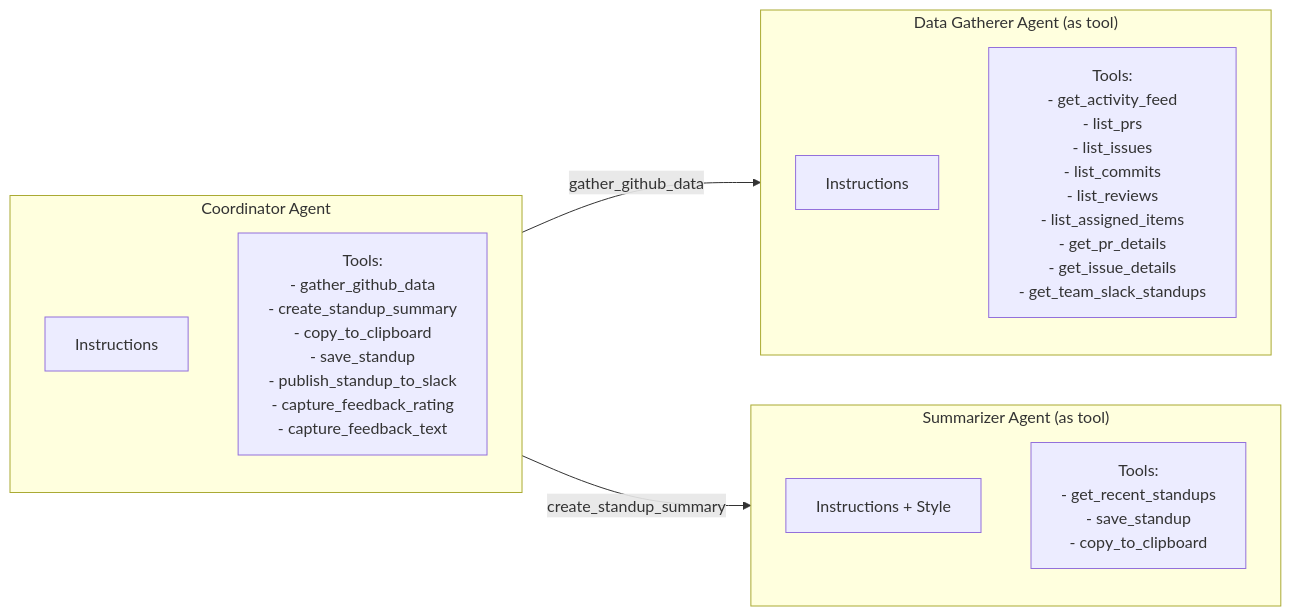
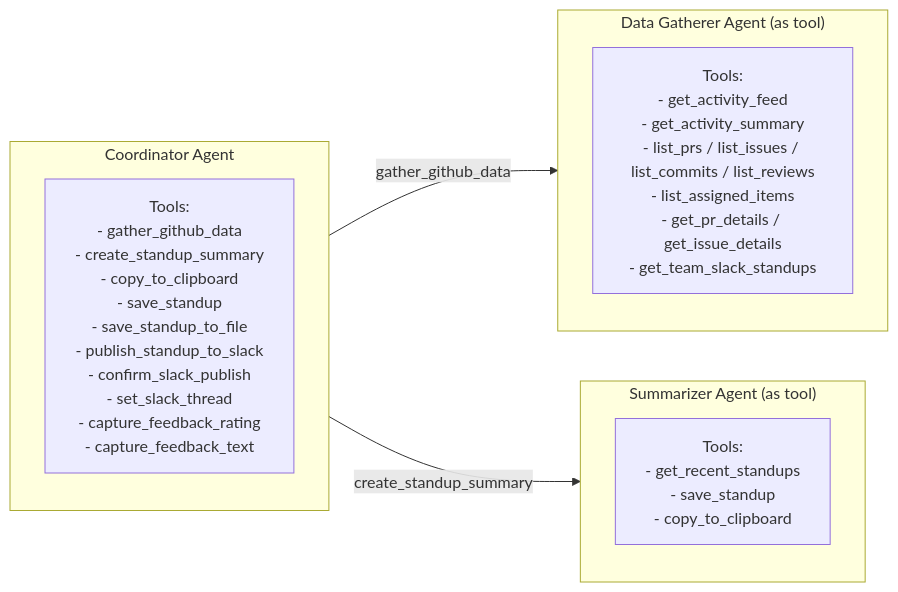
The second of 3 diagrams in ARCHITECTURE.md (andrewm4894/github-standup-agent), drawn with Mermaid before and after one commit. The commit also changed other lines of this file, not shown here.

First line of the commit message:
docs: condense ARCHITECTURE.md, fix missing tools in diagrams

````diff
--- a/ARCHITECTURE.md
+++ b/ARCHITECTURE.md
@@ -80,23 +80,20 @@
 ```mermaid
 flowchart LR
     subgraph Coordinator["Coordinator Agent"]
         direction TB
-        c_inst["Instructions"]
-        c_tools["Tools:<br/>- gather_github_data<br/>- create_standup_summary<br/>- copy_to_clipboard<br/>- save_standup<br/>- publish_standup_to_slack<br/>- capture_feedback_rating<br/>- capture_feedback_text"]
+        c_tools["Tools:<br/>- gather_github_data<br/>- create_standup_summary<br/>- copy_to_clipboard<br/>- save_standup<br/>- save_standup_to_file<br/>- publish_standup_to_slack<br/>- confirm_slack_publish<br/>- set_slack_thread<br/>- capture_feedback_rating<br/>- capture_feedback_text"]
     end
 
     subgraph DataGatherer["Data Gatherer Agent (as tool)"]
         direction TB
-        dg_inst["Instructions"]
-        dg_tools["Tools:<br/>- get_activity_feed<br/>- list_prs<br/>- list_issues<br/>- list_commits<br/>- list_reviews<br/>- list_assigned_items<br/>- get_pr_details<br/>- get_issue_details<br/>- get_team_slack_standups"]
+        dg_tools["Tools:<br/>- get_activity_feed<br/>- get_activity_summary<br/>- list_prs / list_issues / list_commits / list_reviews<br/>- list_assigned_items<br/>- get_pr_details / get_issue_details<br/>- get_team_slack_standups"]
     end
 
     subgraph Summarizer["Summarizer Agent (as tool)"]
         direction TB
-        s_inst["Instructions + Style"]
         s_tools["Tools:<br/>- get_recent_standups<br/>- save_standup<br/>- copy_to_clipboard"]
     end
 
     Coordinator -->|"gather_github_data"| DataGatherer
     Coordinator -->|"create_standup_summary"| Summarizer
 ```
````
